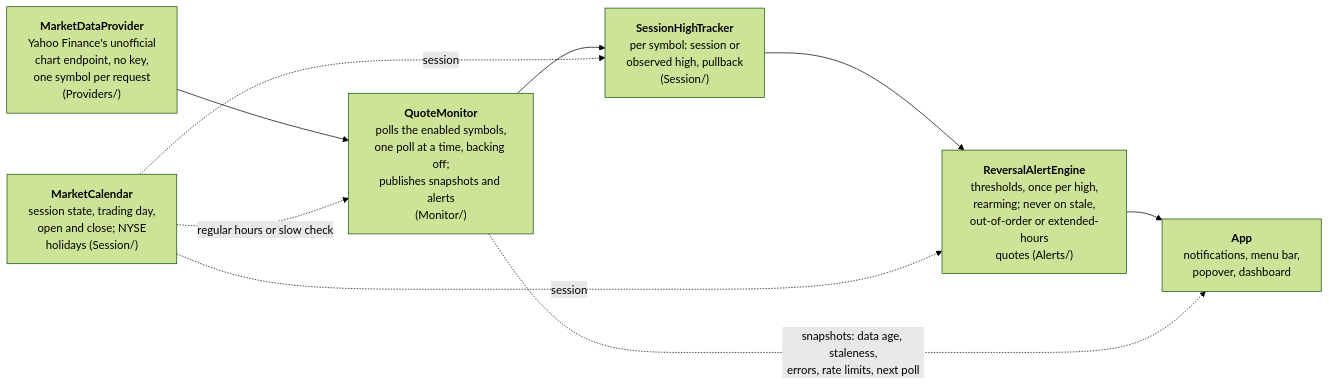
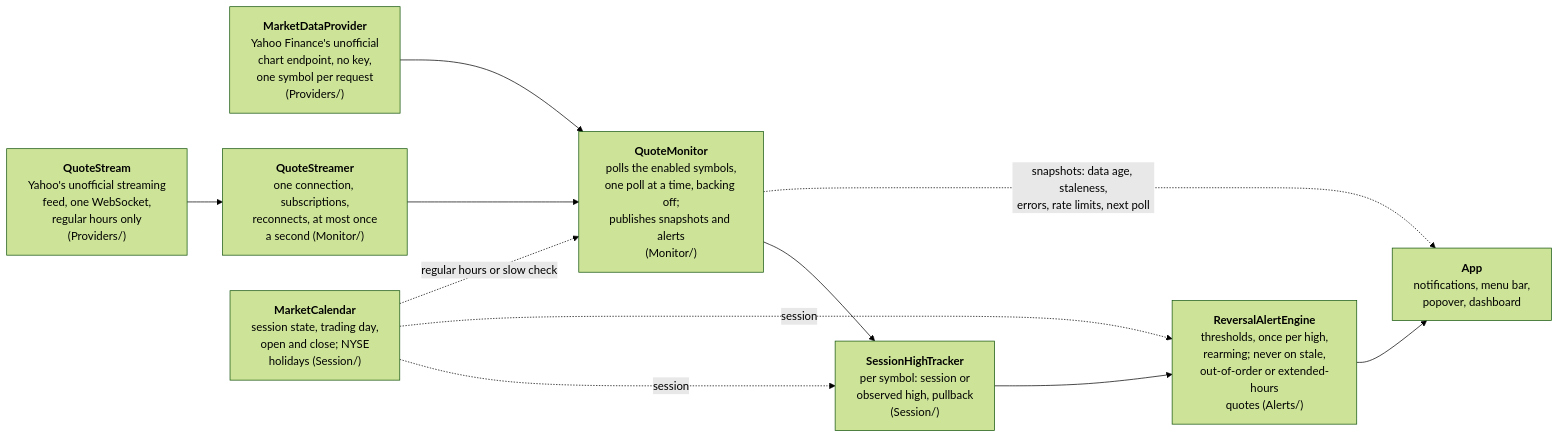
One commit to nikpietanze/vettira changed the fourth of 6 diagrams in docs/architecture.md. Above: the diagram before and after it, drawn with Mermaid (forest theme). The commit also changed other lines of this file and 31 other files, not shown here.

Commit message:
Stream prices from Yahoo's streaming feed, with polling as the fallback

````diff
--- a/docs/architecture.md
+++ b/docs/architecture.md
@@ -231,14 +235,17 @@
 ```mermaid
 flowchart LR
     provider["<b>MarketDataProvider</b><br/>Yahoo Finance's unofficial<br/>chart endpoint, no key,<br/>one symbol per request<br/>(Providers/)"]
+    stream["<b>QuoteStream</b><br/>Yahoo's unofficial streaming<br/>feed, one WebSocket,<br/>regular hours only<br/>(Providers/)"]
+    streamer["<b>QuoteStreamer</b><br/>one connection, subscriptions,<br/>reconnects, at most once<br/>a second (Monitor/)"]
     poller["<b>QuoteMonitor</b><br/>polls the enabled symbols,<br/>one poll at a time, backing off;<br/>publishes snapshots and alerts<br/>(Monitor/)"]
     tracker["<b>SessionHighTracker</b><br/>per symbol: session or<br/>observed high, pullback<br/>(Session/)"]
     engine["<b>ReversalAlertEngine</b><br/>thresholds, once per high,<br/>rearming; never on stale,<br/>out-of-order or extended-hours<br/>quotes (Alerts/)"]
     ui["<b>App</b><br/>notifications, menu bar,<br/>popover, dashboard"]
     calendar["<b>MarketCalendar</b><br/>session state, trading day,<br/>open and close; NYSE<br/>holidays (Session/)"]
     provider --> poller --> tracker --> engine --> ui
+    stream --> streamer --> poller
     calendar -. session .-> tracker
     calendar -. session .-> engine
     calendar -. regular hours or slow check .-> poller
     poller -. snapshots: data age, staleness,<br/>errors, rate limits, next poll .-> ui
 ```
````
